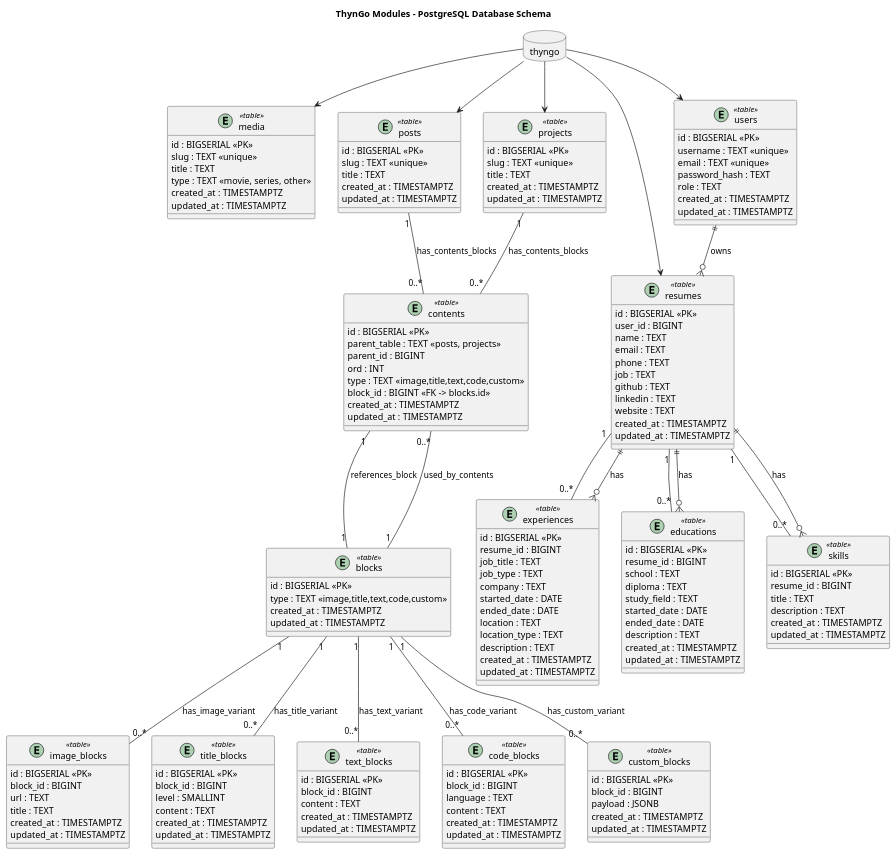
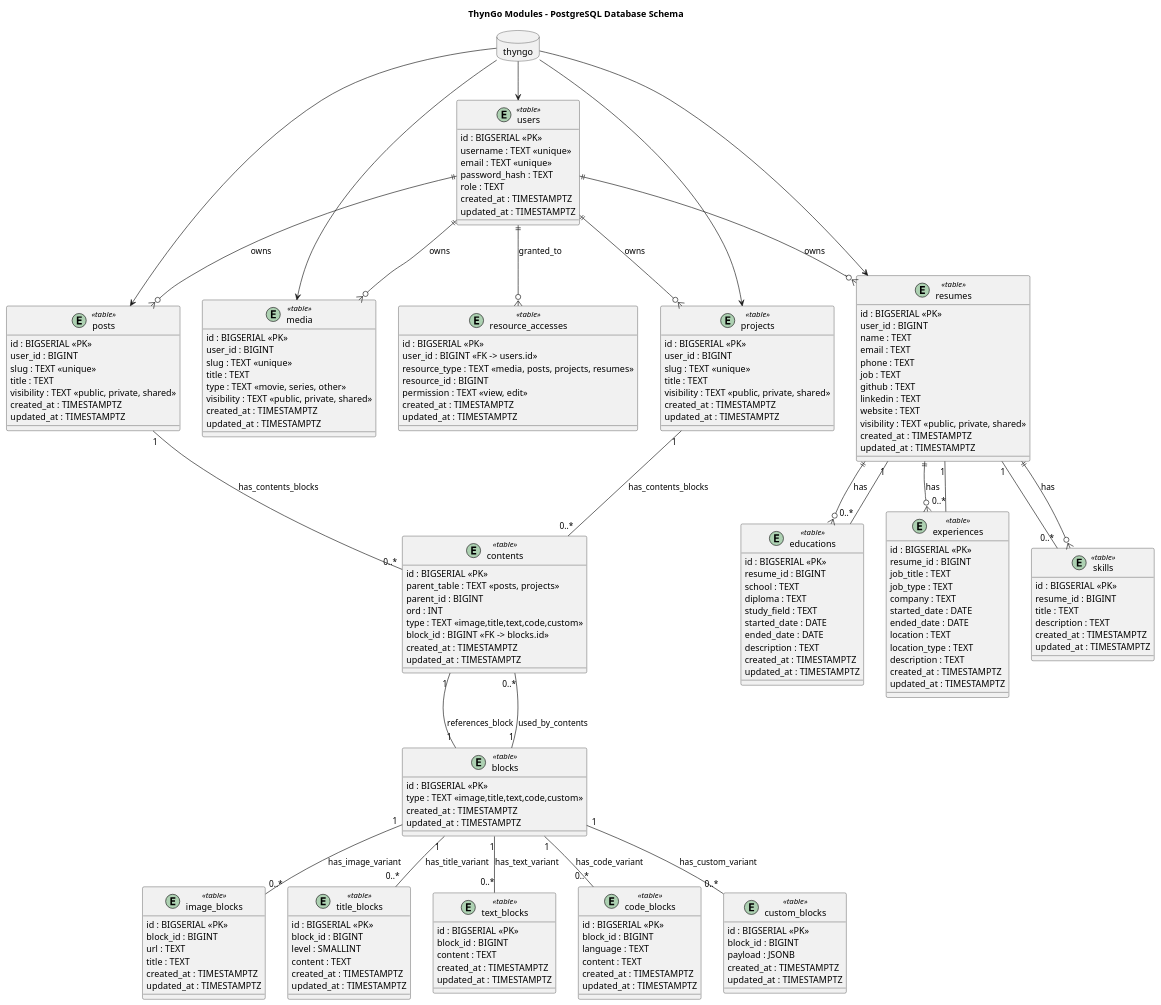
The diagram in docs/database/postgres-modules.puml (RaphaelMailhiot/thyngo), drawn with PlantUML before and after one commit. The commit also changed 69 other files, not shown here.

```diff
--- a/docs/database/postgres-modules.puml
+++ b/docs/database/postgres-modules.puml
@@ -7,25 +7,31 @@
 
 entity "media" as media <<table>> {
   id : BIGSERIAL «PK»
+  user_id : BIGINT
   slug : TEXT «unique»
   title : TEXT
   type : TEXT «movie, series, other»
+  visibility : TEXT «public, private, shared»
   created_at : TIMESTAMPTZ
   updated_at : TIMESTAMPTZ
 }
 
 entity "posts" as posts <<table>> {
   id : BIGSERIAL «PK»
+  user_id : BIGINT
   slug : TEXT «unique»
   title : TEXT
+  visibility : TEXT «public, private, shared»
   created_at : TIMESTAMPTZ
   updated_at : TIMESTAMPTZ
 }
 
 entity "projects" as projects <<table>> {
   id : BIGSERIAL «PK»
+  user_id : BIGINT
   slug : TEXT «unique»
   title : TEXT
+  visibility : TEXT «public, private, shared»
   created_at : TIMESTAMPTZ
   updated_at : TIMESTAMPTZ
 }
@@ -40,6 +46,7 @@
   github : TEXT
   linkedin : TEXT
   website : TEXT
+  visibility : TEXT «public, private, shared»
   created_at : TIMESTAMPTZ
   updated_at : TIMESTAMPTZ
 }
@@ -50,6 +57,16 @@
   email : TEXT «unique»
   password_hash : TEXT
   role : TEXT
+  created_at : TIMESTAMPTZ
+  updated_at : TIMESTAMPTZ
+}
+
+entity "resource_accesses" as resource_accesses <<table>> {
+  id : BIGSERIAL «PK»
+  user_id : BIGINT «FK -> users.id»
+  resource_type : TEXT «media, posts, projects, resumes»
+  resource_id : BIGINT
+  permission : TEXT «view, edit»
   created_at : TIMESTAMPTZ
   updated_at : TIMESTAMPTZ
 }
@@ -178,7 +195,13 @@
 resumes "1" -- "0..*" skills
 
 ' Foreign key hints (diagrammatic)
+users ||--o{ media : owns
+users ||--o{ posts : owns
+users ||--o{ projects : owns
 users ||--o{ resumes : owns
+
+users ||--o{ resource_accesses : granted_to
+
 resumes ||--o{ experiences : has
 resumes ||--o{ educations : has
 resumes ||--o{ skills : has
```
